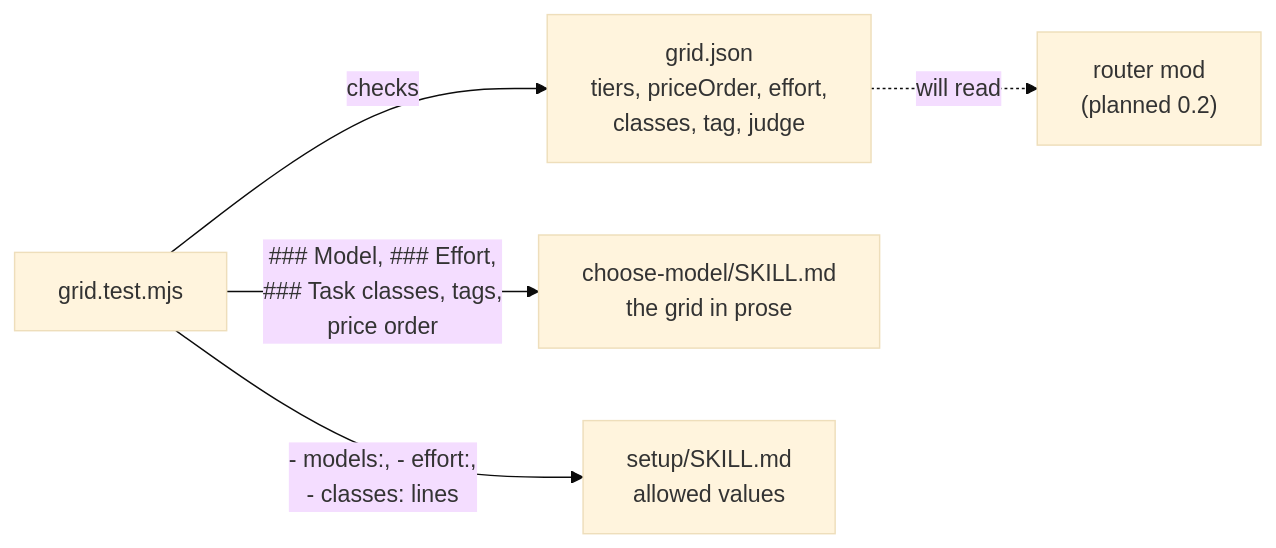
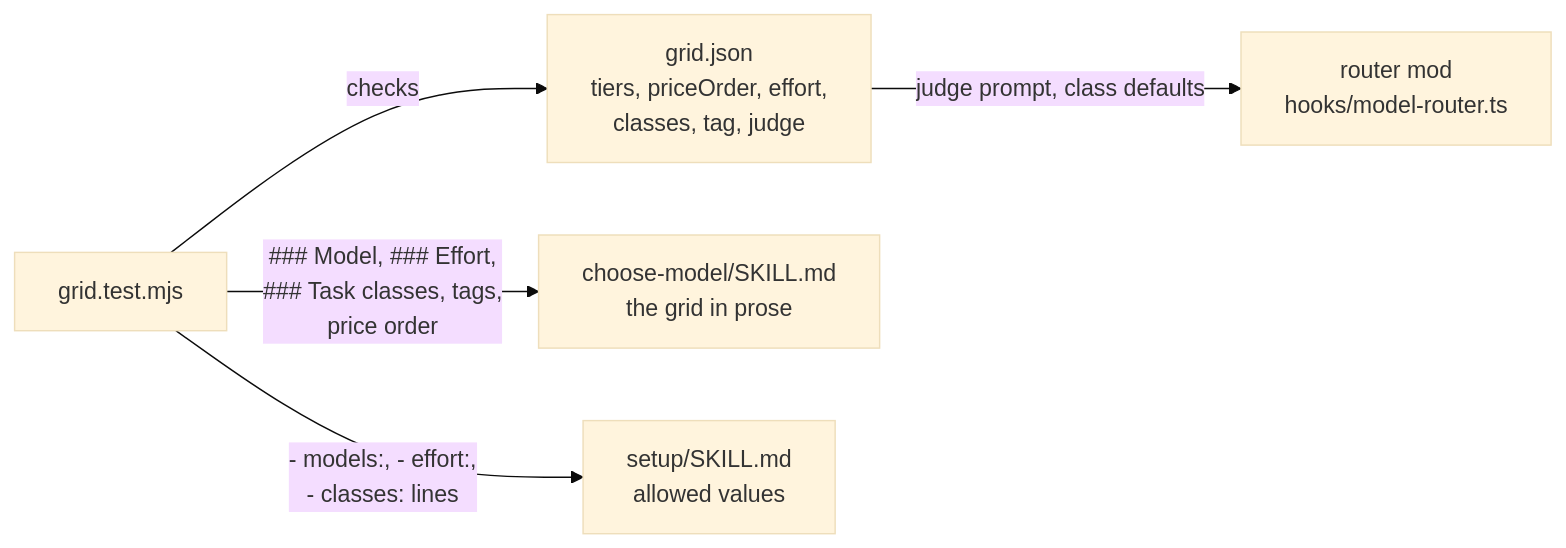
One commit to MrBogomips/agent-orchestration changed the sixth of 6 diagrams in docs/architecture.md. Above: the diagram before and after it, drawn with Mermaid (base theme). The commit also changed other lines of this file and 3 other files, not shown here.

Commit message:
docs(model-router): release 0.2 design as built, README and architecture

````diff
--- a/docs/architecture.md
+++ b/docs/architecture.md
@@ -578,12 +615,12 @@
 ```mermaid
 flowchart LR
   grid["grid.json<br/>tiers, priceOrder, effort,<br/>classes, tag, judge"]
   choose["choose-model/SKILL.md<br/>the grid in prose"]
   setup["setup/SKILL.md<br/>allowed values"]
   test["grid.test.mjs"]
-  router["router mod<br/>(planned 0.2)"]
+  router["router mod<br/>hooks/model-router.ts"]
   test -->|checks| grid
   test -->|"### Model, ### Effort,<br/>### Task classes, tags,<br/>price order"| choose
   test -->|"- models:, - effort:,<br/>- classes: lines"| setup
-  grid -.->|will read| router
+  grid -->|judge prompt, class defaults| router
 ```
````
